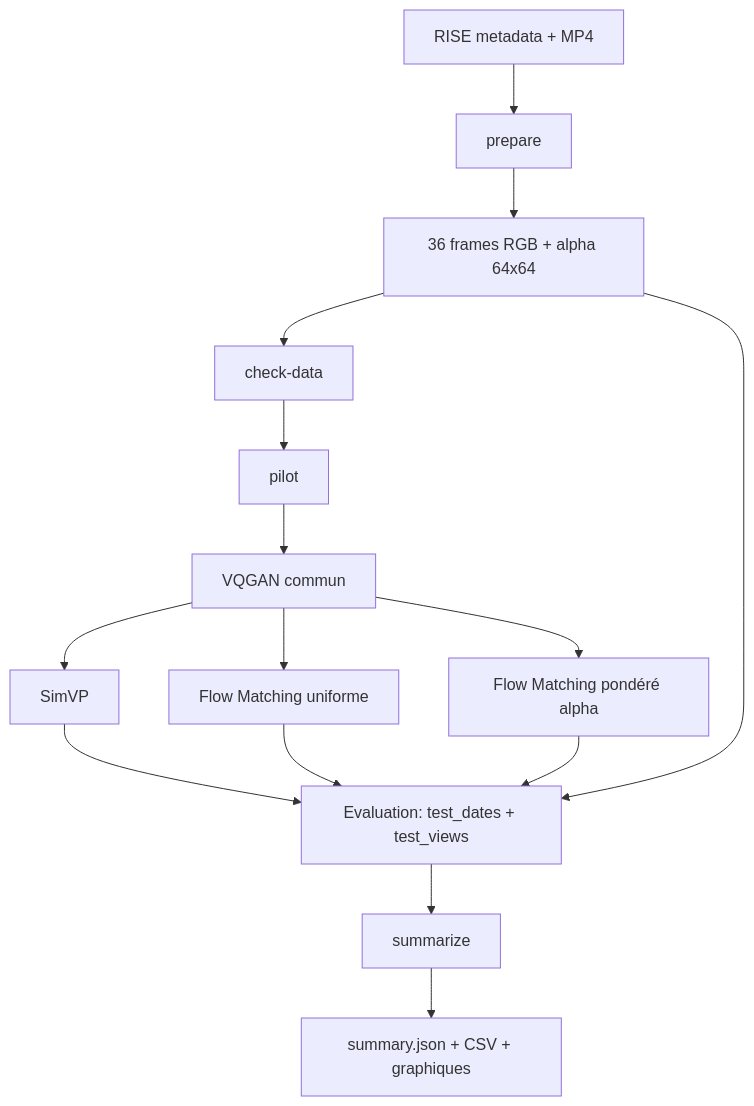
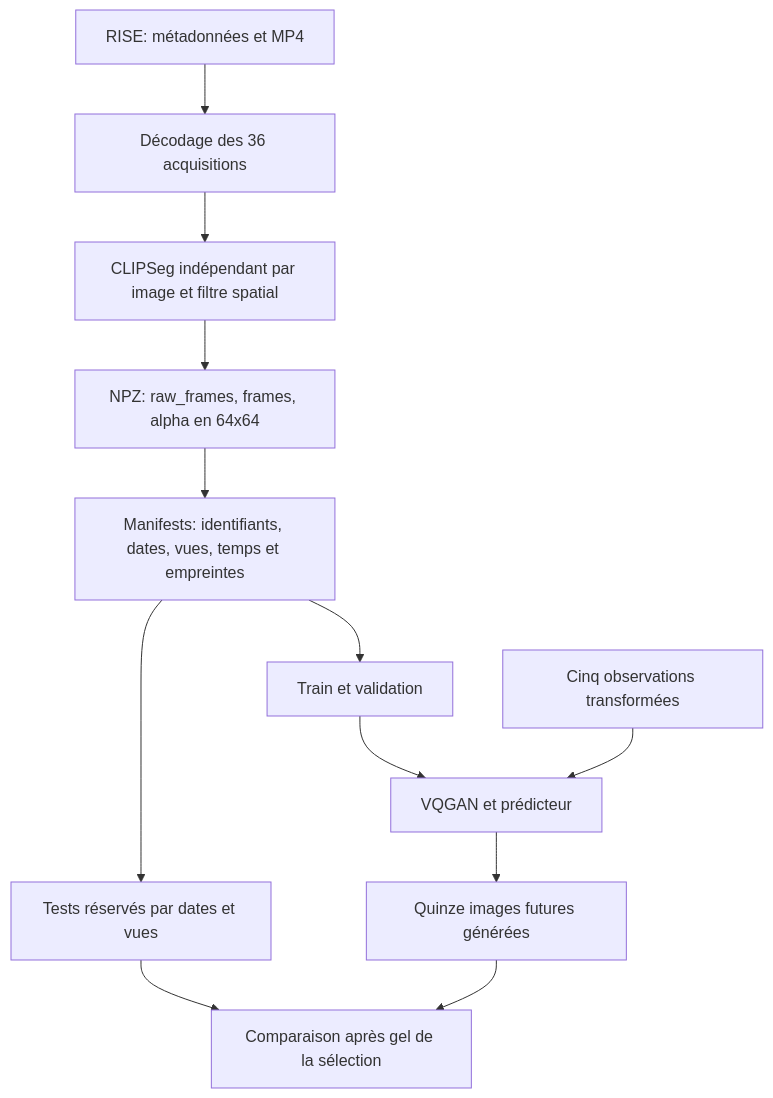
One commit to omdrift/Modelisation-panaches-de-fum-es-industrielles-par-Flow-Matching changed the first of 4 diagrams in doc/ARCHITECTURE.md. Above: the diagram before and after it, drawn with Mermaid. The commit also changed other lines of this file and 32 other files, not shown here.

````diff
--- a/doc/ARCHITECTURE.md
+++ b/doc/ARCHITECTURE.md
@@ -7,17 +7,14 @@
 ```mermaid
 flowchart TD
-    A[RISE metadata + MP4] --> B[prepare]
-    B --> C[36 frames RGB + alpha 64x64]
-    C --> D[check-data]
-    D --> E[pilot]
-    E --> F[VQGAN commun]
-    F --> G[SimVP]
-    F --> H[Flow Matching uniforme]
-    F --> I[Flow Matching pondéré alpha]
-    G --> J[Evaluation: test_dates + test_views]
-    H --> J
-    I --> J
-    C --> J
-    J --> K[summarize]
-    K --> L[summary.json + CSV + graphiques]
+    A[RISE: métadonnées et MP4] --> B[Décodage des 36 acquisitions]
+    B --> C[CLIPSeg indépendant par image et filtre spatial]
+    C --> D[NPZ: raw_frames, frames, alpha en 64x64]
+    D --> E[Manifests: identifiants, dates, vues, temps et empreintes]
+    E --> F[Train et validation]
+    E --> G[Tests réservés par dates et vues]
+    F --> H[VQGAN et prédicteur]
+    I[Cinq observations transformées] --> H
+    H --> J[Quinze images futures générées]
+    G --> K[Comparaison après gel de la sélection]
+    J --> K
 ```
````
